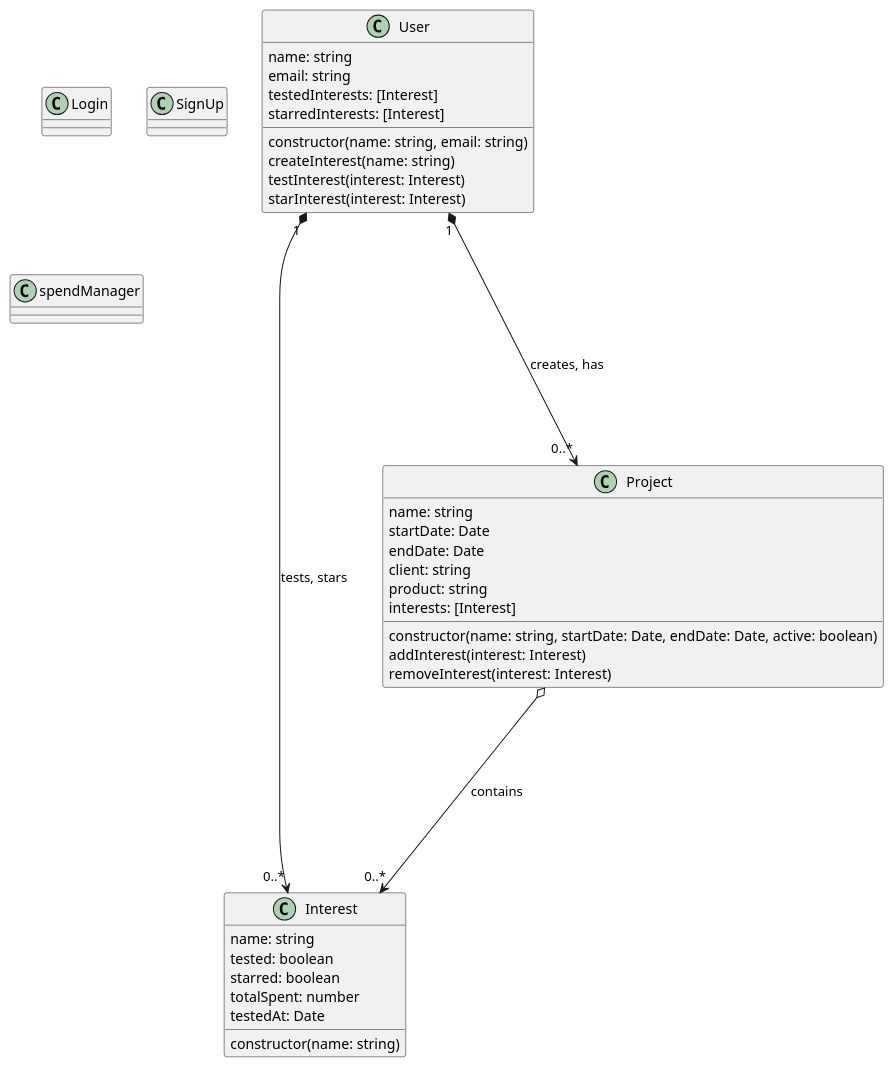
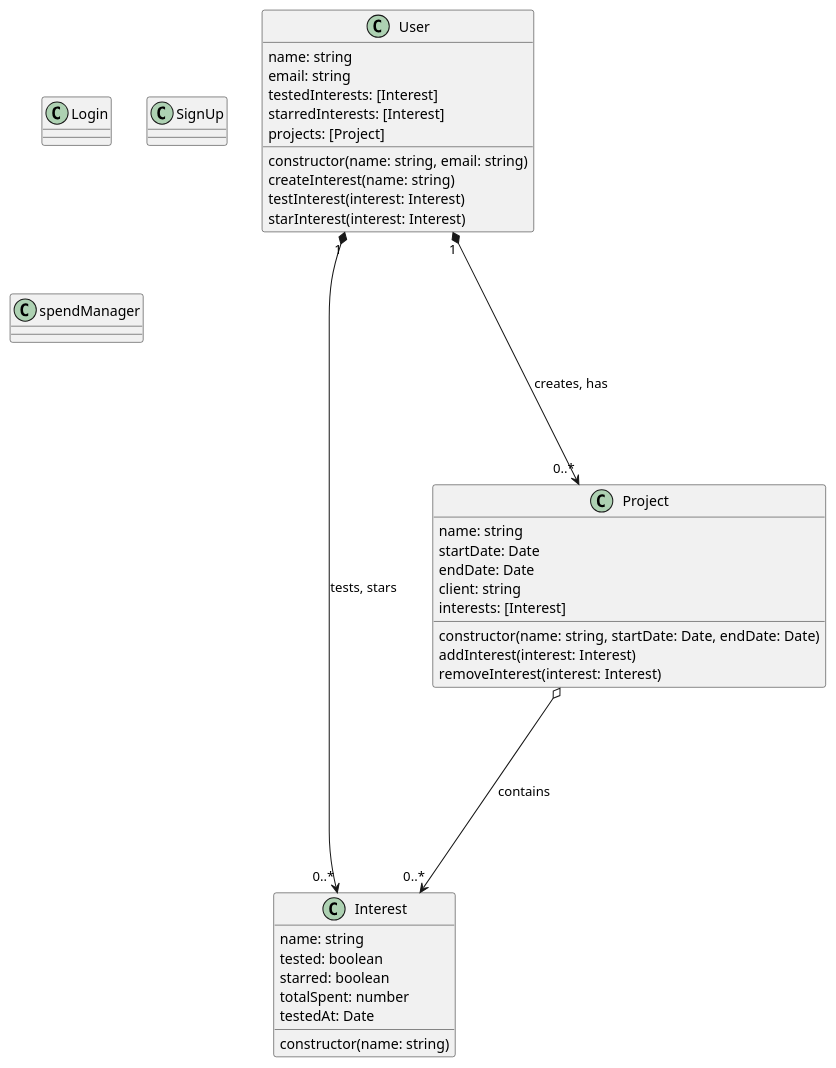
Before and after one commit to HauWv/interest-finder: the diagram in architecture/class.puml, drawn with PlantUML.

Commit message:
Update UML

```diff
--- a/architecture/class.puml
+++ b/architecture/class.puml
@@ -1,44 +1,44 @@
 @startuml Marketing-Project Class Diagram
 class User {
     name: string
     email: string
     testedInterests: [Interest]
     starredInterests: [Interest]
+    projects: [Project]
     constructor(name: string, email: string)
     createInterest(name: string)
     testInterest(interest: Interest)
     starInterest(interest: Interest)
 }
 
 class Interest {
     name: string
     tested: boolean
     starred: boolean
     totalSpent: number
     testedAt: Date
     constructor(name: string)
 }
 
 class Project {
     name: string
     startDate: Date
     endDate: Date
     client: string
-    product: string
     interests: [Interest]
-    constructor(name: string, startDate: Date, endDate: Date, active: boolean)
+    constructor(name: string, startDate: Date, endDate: Date)
     addInterest(interest: Interest)
     removeInterest(interest: Interest)
 }
 
 class Login {}
 
 class SignUp {}
 
 class spendManager {}
 
 User "1" *----> "0..*" Interest : tests, stars
 User "1" *----> "0..*" Project : creates, has
 Project o----> "0..*" Interest : contains
 
 @enduml
```
